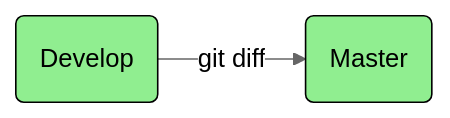
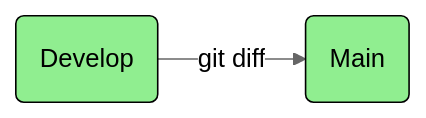
One commit to umr-marbec/git-training changed diagram 13 of 14 in slides-git-quarto/slides-training.qmd. Above: the diagram before and after it, drawn with Mermaid (neutral theme). The commit also changed other lines of this file, not shown here.

````diff
--- a/slides-git-quarto/slides-training.qmd
+++ b/slides-git-quarto/slides-training.qmd
@@ -405,12 +395,12 @@
 ```{mermaid}
 %%| fig-width: 10.5
 %%| fig-height: 1
 flowchart LR  
-  id1(Develop)-->|git diff| id2(Master)
+  id1(Develop)-->|git diff| id2(Main)
 classDef workspace fill:lightgray,stroke:black,color:black
 classDef index fill:lightblue,stroke:black,color:black
 classDef local fill:lightgreen,stroke:black,color:black
 classDef remote fill:yellow,stroke:black,color:black
 
 class id1,id2 local;
 ```
````
